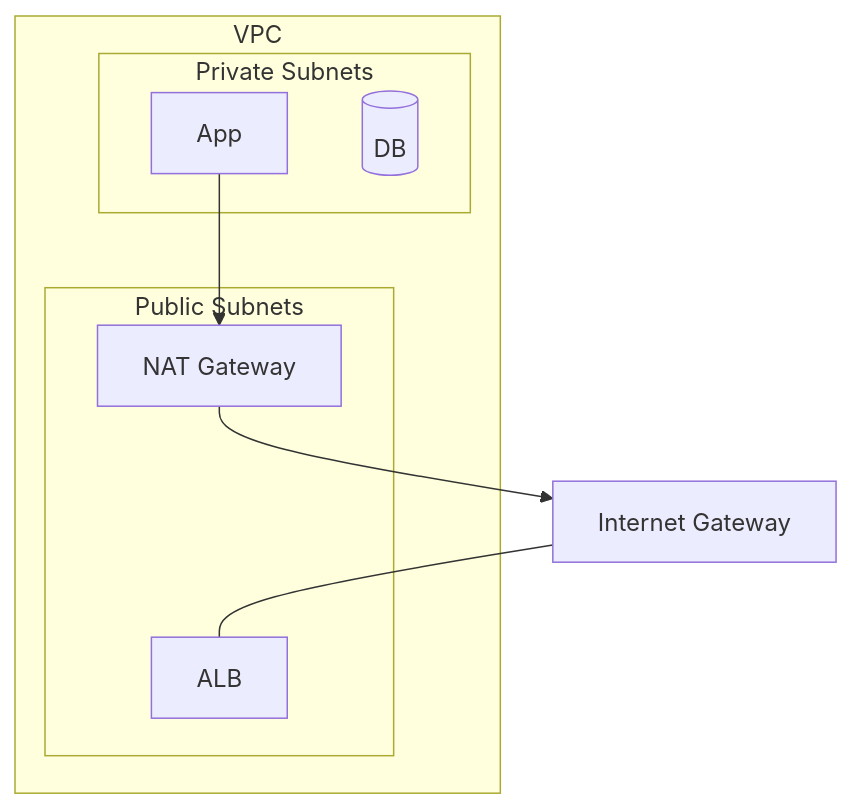
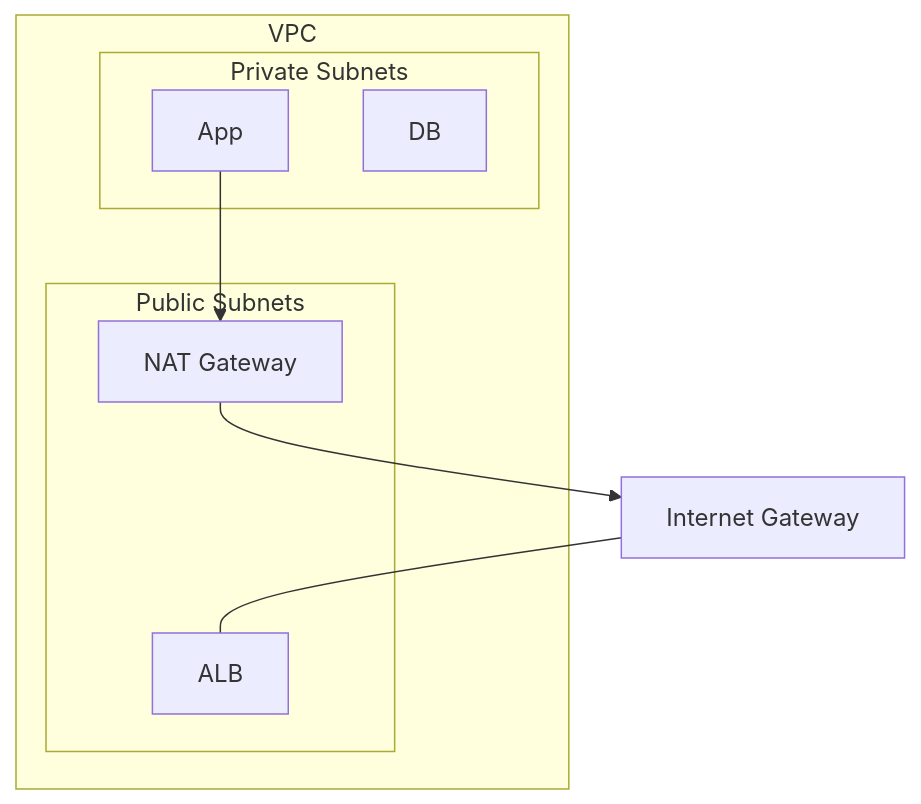
One commit to niceguy61/aws-saa-lecture-2026 changed the second of 2 diagrams in aws-saa/templates/diagram-mermaid-snippets.md. Above: the diagram before and after it, drawn with Mermaid. The commit also changed other lines of this file and 11 other files, not shown here.

Commit message:
Harden mermaid diagrams for GitHub rendering

````diff
--- a/aws-saa/templates/diagram-mermaid-snippets.md
+++ b/aws-saa/templates/diagram-mermaid-snippets.md
@@ -16,15 +16,15 @@
 ```mermaid
 flowchart TB
   subgraph VPC
     subgraph PublicSubnets[Public Subnets]
       ALB[ALB]
       NAT[NAT Gateway]
     end
     subgraph PrivateSubnets[Private Subnets]
       APP[App]
-      DB[(DB)]
+      DB[DB]
     end
   end
   IGW[Internet Gateway] --- ALB
   APP --> NAT --> IGW
 ```
````
